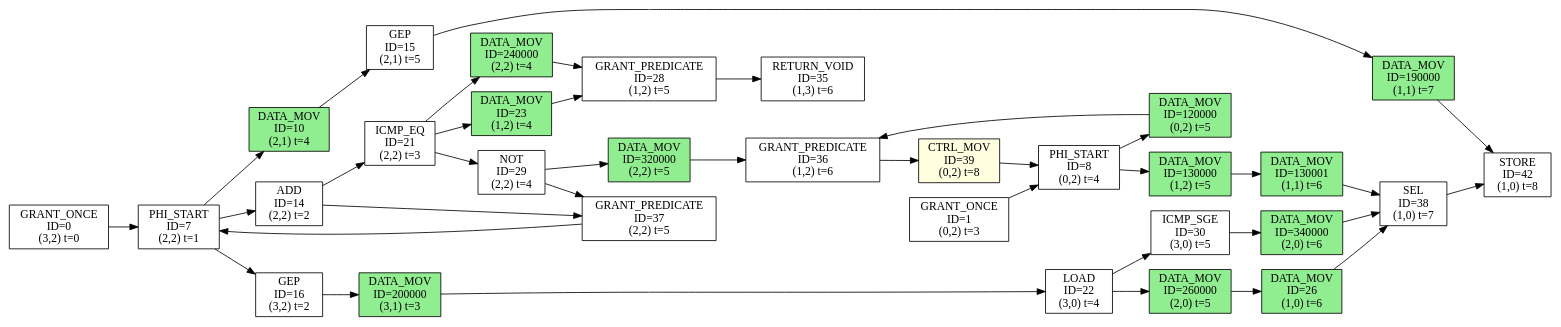
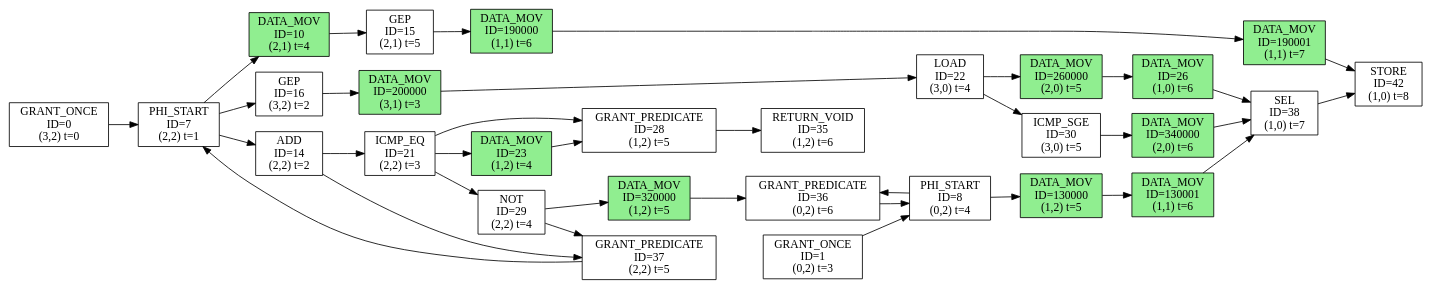
One commit to sarchlab/Zeonica_Testbench changed the diagram in kernel/relu/tmp-generated-dfg.dot. Above: the diagram before and after it, drawn with Graphviz. The commit also changed 35 other files, not shown here.

```diff
--- a/kernel/relu/tmp-generated-dfg.dot
+++ b/kernel/relu/tmp-generated-dfg.dot
@@ -1,70 +1,66 @@
 digraph DFG {
   rankdir=LR;
   node [shape=box, style=filled];
   n0 [label="GRANT_ONCE\nID=0\n(3,2) t=0", fillcolor=white];
   n1 [label="GRANT_ONCE\nID=1\n(0,2) t=3", fillcolor=white];
   n7 [label="PHI_START\nID=7\n(2,2) t=1", fillcolor=white];
   n8 [label="PHI_START\nID=8\n(0,2) t=4", fillcolor=white];
   n10 [label="DATA_MOV\nID=10\n(2,1) t=4", fillcolor=lightgreen];
   n14 [label="ADD\nID=14\n(2,2) t=2", fillcolor=white];
   n15 [label="GEP\nID=15\n(2,1) t=5", fillcolor=white];
   n16 [label="GEP\nID=16\n(3,2) t=2", fillcolor=white];
   n21 [label="ICMP_EQ\nID=21\n(2,2) t=3", fillcolor=white];
   n22 [label="LOAD\nID=22\n(3,0) t=4", fillcolor=white];
   n23 [label="DATA_MOV\nID=23\n(1,2) t=4", fillcolor=lightgreen];
   n26 [label="DATA_MOV\nID=26\n(1,0) t=6", fillcolor=lightgreen];
   n28 [label="GRANT_PREDICATE\nID=28\n(1,2) t=5", fillcolor=white];
   n29 [label="NOT\nID=29\n(2,2) t=4", fillcolor=white];
   n30 [label="ICMP_SGE\nID=30\n(3,0) t=5", fillcolor=white];
-  n35 [label="RETURN_VOID\nID=35\n(1,3) t=6", fillcolor=white];
-  n36 [label="GRANT_PREDICATE\nID=36\n(1,2) t=6", fillcolor=white];
+  n35 [label="RETURN_VOID\nID=35\n(1,2) t=6", fillcolor=white];
+  n36 [label="GRANT_PREDICATE\nID=36\n(0,2) t=6", fillcolor=white];
   n37 [label="GRANT_PREDICATE\nID=37\n(2,2) t=5", fillcolor=white];
   n38 [label="SEL\nID=38\n(1,0) t=7", fillcolor=white];
-  n39 [label="CTRL_MOV\nID=39\n(0,2) t=8", fillcolor=lightyellow];
   n42 [label="STORE\nID=42\n(1,0) t=8", fillcolor=white];
-  n120000 [label="DATA_MOV\nID=120000\n(0,2) t=5", fillcolor=lightgreen];
   n130000 [label="DATA_MOV\nID=130000\n(1,2) t=5", fillcolor=lightgreen];
   n130001 [label="DATA_MOV\nID=130001\n(1,1) t=6", fillcolor=lightgreen];
-  n190000 [label="DATA_MOV\nID=190000\n(1,1) t=7", fillcolor=lightgreen];
+  n190000 [label="DATA_MOV\nID=190000\n(1,1) t=6", fillcolor=lightgreen];
+  n190001 [label="DATA_MOV\nID=190001\n(1,1) t=7", fillcolor=lightgreen];
   n200000 [label="DATA_MOV\nID=200000\n(3,1) t=3", fillcolor=lightgreen];
-  n240000 [label="DATA_MOV\nID=240000\n(2,2) t=4", fillcolor=lightgreen];
   n260000 [label="DATA_MOV\nID=260000\n(2,0) t=5", fillcolor=lightgreen];
-  n320000 [label="DATA_MOV\nID=320000\n(2,2) t=5", fillcolor=lightgreen];
+  n320000 [label="DATA_MOV\nID=320000\n(1,2) t=5", fillcolor=lightgreen];
   n340000 [label="DATA_MOV\nID=340000\n(2,0) t=6", fillcolor=lightgreen];
-  n39 -> n8;
   n7 -> n10;
   n10 -> n15;
-  n36 -> n39;
   n21 -> n23;
   n23 -> n28;
   n16 -> n200000;
   n30 -> n340000;
   n22 -> n260000;
   n260000 -> n26;
   n26 -> n38;
   n8 -> n130000;
   n130000 -> n130001;
   n15 -> n190000;
-  n8 -> n120000;
+  n190000 -> n190001;
   n29 -> n320000;
-  n21 -> n240000;
+  n36 -> n8;
   n29 -> n37;
   n320000 -> n36;
   n28 -> n35;
   n340000 -> n38;
   n0 -> n7;
   n14 -> n21;
   n1 -> n8;
-  n190000 -> n42;
+  n190001 -> n42;
   n7 -> n14;
   n37 -> n7;
   n7 -> n16;
-  n240000 -> n28;
+  n21 -> n28;
   n38 -> n42;
-  n120000 -> n36;
+  n8 -> n36;
   n21 -> n29;
   n130001 -> n38;
   n14 -> n37;
   n200000 -> n22;
   n22 -> n30;
 }
```
